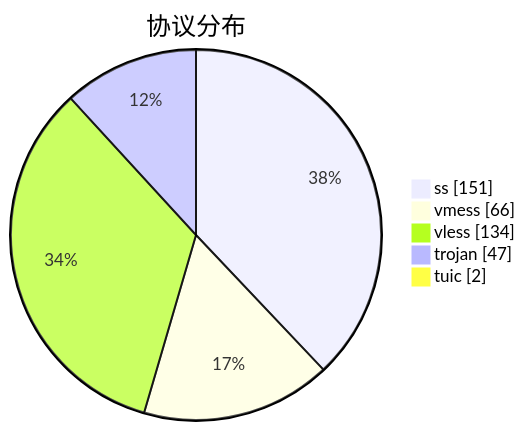
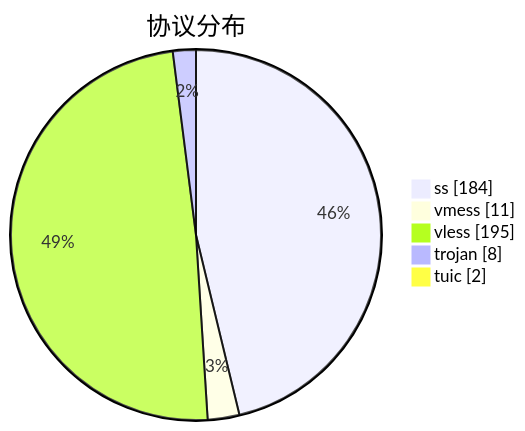
The third of 3 diagrams in subs/statistics/tested_within.md (qjlxg/airport), drawn with Mermaid before and after one commit. The commit also changed other lines of this file and 2 other files, not shown here.

````diff
--- a/subs/statistics/tested_within.md
+++ b/subs/statistics/tested_within.md
@@ -35,9 +34,9 @@
 ```mermaid
 pie showData
 title 协议分布
-"ss" : 151
-"vmess" : 66
-"vless" : 134
-"trojan" : 47
+"ss" : 184
+"vmess" : 11
+"vless" : 195
+"trojan" : 8
 "tuic" : 2
 ```
````
